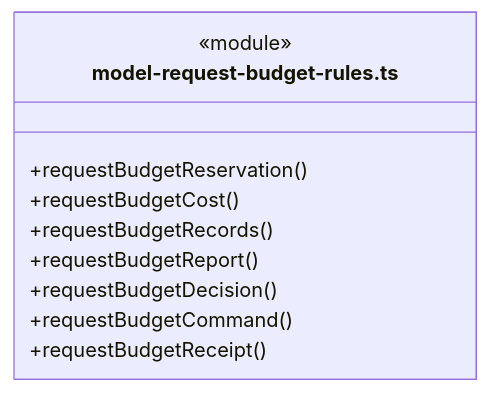
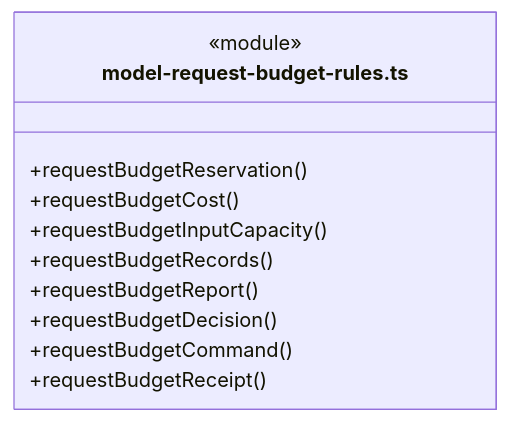
The second of 19 diagrams in src/logic/budget/rules/ARCHITECTURE.md (nan023062/cbim), drawn with Mermaid before and after one commit. The commit also changed other lines of this file and 25 other files, not shown here.

````diff
--- a/src/logic/budget/rules/ARCHITECTURE.md
+++ b/src/logic/budget/rules/ARCHITECTURE.md
@@ -38,13 +39,14 @@
 ```mermaid
 classDiagram
 class N_src_logic_budget_rules_model_request_budget_rules_ts["model-request-budget-rules.ts"] {
   <<module>>
   +requestBudgetReservation()
   +requestBudgetCost()
+  +requestBudgetInputCapacity()
   +requestBudgetRecords()
   +requestBudgetReport()
   +requestBudgetDecision()
   +requestBudgetCommand()
   +requestBudgetReceipt()
 }
 ```
````
